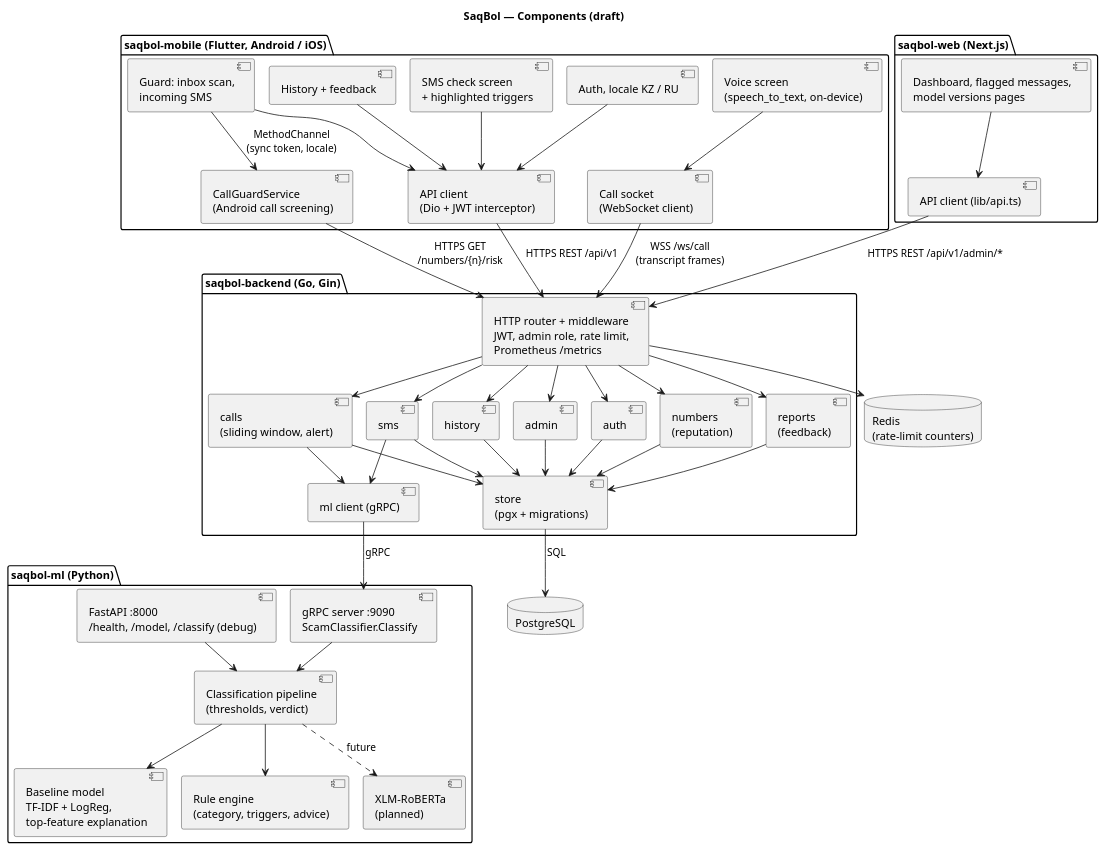
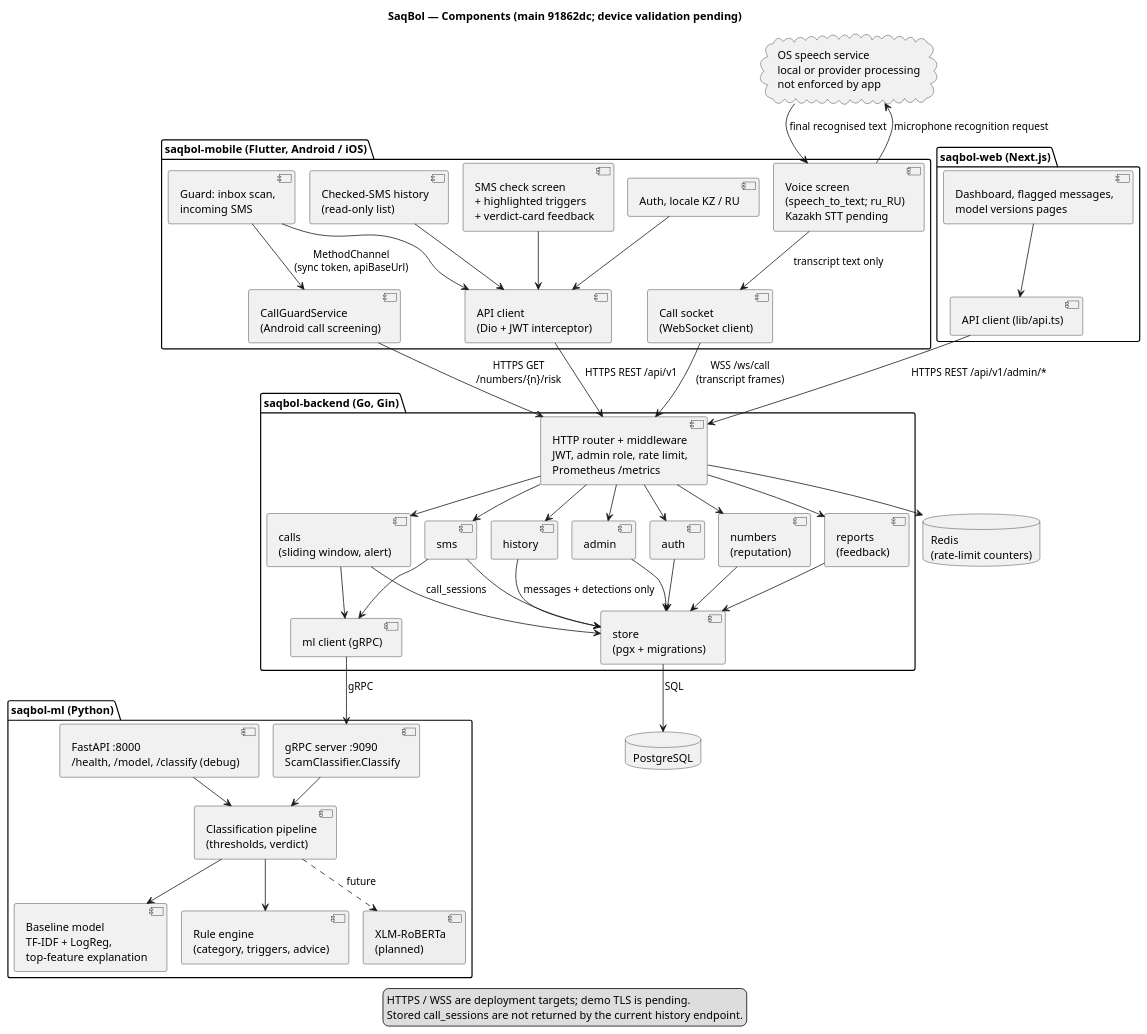
The diagram in diagrams/src/03-component.puml (DanialMyrzatayevMuratovich/saqbol), drawn with PlantUML before and after one commit. The commit also changed 26 other files, not shown here.

```diff
--- a/diagrams/src/03-component.puml
+++ b/diagrams/src/03-component.puml
@@ -1,94 +1,101 @@
 @startuml component
 ' SaqBol — Component diagram (draft)
 ' Reflects the code in saqbol-mobile, saqbol-web, saqbol-backend, saqbol-ml.
 ' Grey = planned, not implemented yet.
 !pragma layout smetana
 skinparam componentStyle uml2
 skinparam shadowing false
 skinparam nodesep 40
 skinparam ranksep 60
 
-title SaqBol — Components (draft)
+title SaqBol — Components (main 91862dc; device validation pending)
 
 package "saqbol-mobile (Flutter, Android / iOS)" {
-  [SMS check screen\n+ highlighted triggers] as MSms
+  [SMS check screen\n+ highlighted triggers\n+ verdict-card feedback] as MSms
   [Guard: inbox scan,\nincoming SMS] as MGuard
-  [History + feedback] as MHist
+  [Checked-SMS history\n(read-only list)] as MHist
   [Auth, locale KZ / RU] as MAuth
-  [Voice screen\n(speech_to_text, on-device)] as MVoice
+  [Voice screen\n(speech_to_text; ru_RU)\nKazakh STT pending] as MVoice
   [CallGuardService\n(Android call screening)] as MCallSvc
   [API client\n(Dio + JWT interceptor)] as MApi
   [Call socket\n(WebSocket client)] as MSock
 }
 
 package "saqbol-web (Next.js)" {
   [Dashboard, flagged messages,\nmodel versions pages] as WPages
   [API client (lib/api.ts)] as WApi
 }
 
 package "saqbol-backend (Go, Gin)" {
   [HTTP router + middleware\nJWT, admin role, rate limit,\nPrometheus /metrics] as BRouter
   [auth] as BAuth
   [sms] as BSms
   [calls\n(sliding window, alert)] as BCalls
   [numbers\n(reputation)] as BNum
   [reports\n(feedback)] as BRep
   [history] as BHist
   [admin] as BAdmin
   [ml client (gRPC)] as BMl
   [store\n(pgx + migrations)] as BStore
 }
 
 package "saqbol-ml (Python)" {
   [gRPC server :9090\nScamClassifier.Classify] as MGrpc
   [FastAPI :8000\n/health, /model, /classify (debug)] as MRest
   [Classification pipeline\n(thresholds, verdict)] as MPipe
   [Baseline model\nTF-IDF + LogReg,\ntop-feature explanation] as MBase
   [Rule engine\n(category, triggers, advice)] as MRules
   [XLM-RoBERTa\n(planned)] as MXlmr #EEEEEE
 }
 
 database "PostgreSQL" as PG
 database "Redis\n(rate-limit counters)" as Redis
+cloud "OS speech service\nlocal or provider processing\nnot enforced by app" as STT
 
 MSms --> MApi
 MGuard --> MApi
 MHist --> MApi
 MAuth --> MApi
-MGuard --> MCallSvc : MethodChannel\n(sync token, locale)
-MVoice --> MSock
+MGuard --> MCallSvc : MethodChannel\n(sync token, apiBaseUrl)
+MVoice --> STT : microphone recognition request
+STT --> MVoice : final recognised text
+MVoice --> MSock : transcript text only
 MApi --> BRouter : HTTPS REST /api/v1
 MCallSvc --> BRouter : HTTPS GET\n/numbers/{n}/risk
 MSock --> BRouter : WSS /ws/call\n(transcript frames)
 
 WPages --> WApi
 WApi --> BRouter : HTTPS REST /api/v1/admin/*
 
 BRouter --> BAuth
 BRouter --> BSms
 BRouter --> BCalls
 BRouter --> BNum
 BRouter --> BRep
 BRouter --> BHist
 BRouter --> BAdmin
 BRouter --> Redis
 
 BSms --> BMl
 BCalls --> BMl
 BMl --> MGrpc : gRPC
 
 BAuth --> BStore
 BSms --> BStore
-BCalls --> BStore
+BCalls --> BStore : call_sessions
 BNum --> BStore
 BRep --> BStore
-BHist --> BStore
+BHist --> BStore : messages + detections only
 BAdmin --> BStore
 BStore --> PG : SQL
 
 MGrpc --> MPipe
 MRest --> MPipe
 MPipe --> MBase
 MPipe --> MRules
 MPipe ..> MXlmr : future
+legend bottom
+  HTTPS / WSS are deployment targets; demo TLS is pending.
+  Stored call_sessions are not returned by the current history endpoint.
+endlegend
 @enduml
```
